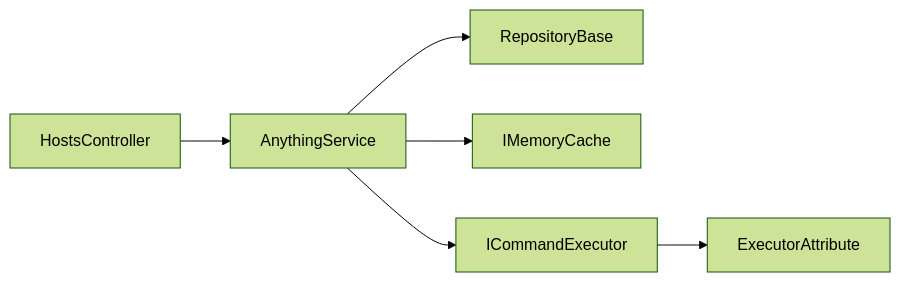
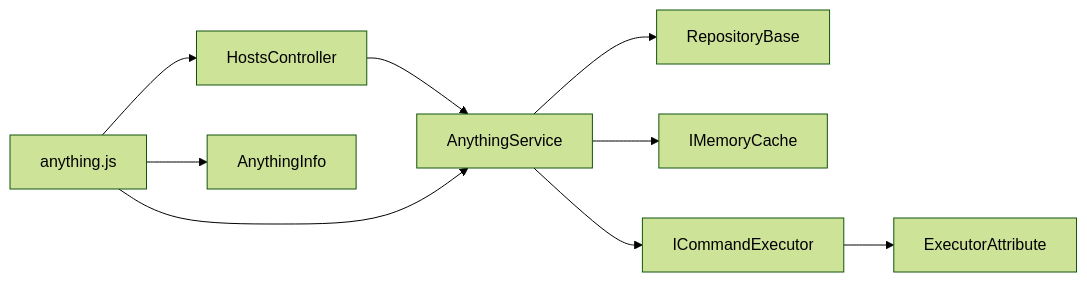
One commit to Sosososolong/AirGo changed the seventh of 7 diagrams in .qoder/repowiki/zh/content/远程主机管理模块/AnythingService 核心功能.md. Above: the diagram before and after it, drawn with Mermaid (forest theme). The commit also changed other lines of this file and 22 other files, not shown here.

````diff
--- a/.qoder/repowiki/zh/content/远程主机管理模块/AnythingService 核心功能.md
+++ b/.qoder/repowiki/zh/content/远程主机管理模块/AnythingService 核心功能.md
@@ -382,8 +443,11 @@
 ```mermaid
 graph LR
 Controller["HostsController"] --> Service["AnythingService"]
 Service --> Repo["RepositoryBase<T>"]
 Service --> Cache["IMemoryCache"]
 Service --> Exec["ICommandExecutor"]
 Exec --> Attr["ExecutorAttribute"]
+Frontend["anything.js"] --> Controller
+Frontend --> Service
+Frontend --> AnythingInfo["AnythingInfo"]
 ```
````
